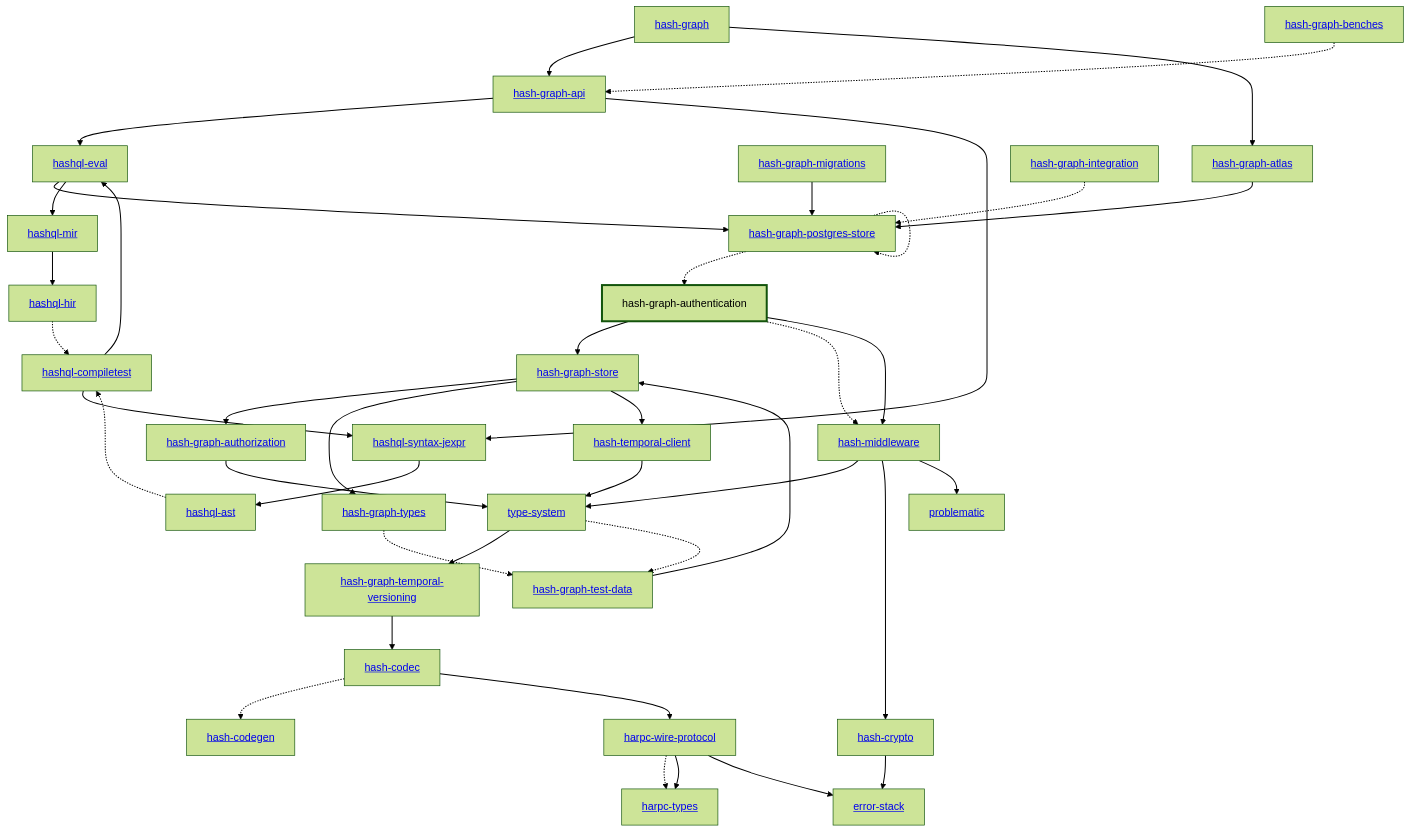
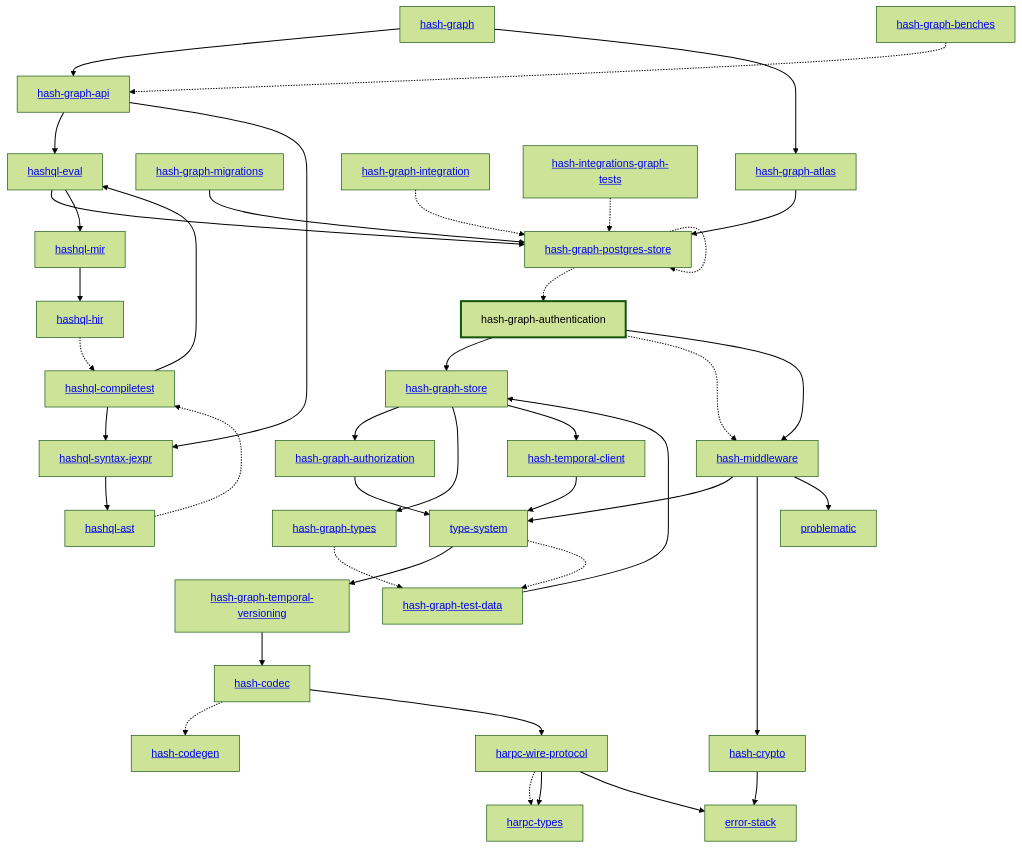
One commit to hashintel/hash changed the diagram in libs/@local/graph/authentication/docs/dependency-diagram.mmd. Above: the diagram before and after it, drawn with Mermaid (forest theme). The commit also changed 20 other files, not shown here.

Commit message:
Update dependency diagrams for the aviation integration test

```diff
--- a/libs/@local/graph/authentication/docs/dependency-diagram.mmd
+++ b/libs/@local/graph/authentication/docs/dependency-diagram.mmd
@@ -1,80 +1,82 @@
 graph TD
     linkStyle default stroke-width:1.5px
     classDef default stroke-width:1px
     classDef root stroke-width:3px
     classDef dev stroke-width:1px
     classDef build stroke-width:1px
     %% Legend
     %% --> : Normal dependency
     %% -.-> : Dev dependency
     %% ---> : Build dependency
     0[<a href="../hash_graph/index.html">hash-graph</a>]
     1[<a href="../type_system/index.html">type-system</a>]
     2[<a href="../hash_codec/index.html">hash-codec</a>]
     3[<a href="../hash_codegen/index.html">hash-codegen</a>]
     4[<a href="../hash_crypto/index.html">hash-crypto</a>]
     5[<a href="../hash_graph_api/index.html">hash-graph-api</a>]
     6[<a href="../hash_graph_atlas/index.html">hash-graph-atlas</a>]
     7[hash-graph-authentication]
     class 7 root
     8[<a href="../hash_graph_authorization/index.html">hash-graph-authorization</a>]
     9[<a href="../hash_graph_migrations/index.html">hash-graph-migrations</a>]
     10[<a href="../hash_graph_postgres_store/index.html">hash-graph-postgres-store</a>]
     11[<a href="../hash_graph_store/index.html">hash-graph-store</a>]
     12[<a href="../hash_graph_temporal_versioning/index.html">hash-graph-temporal-versioning</a>]
     13[<a href="../hash_graph_types/index.html">hash-graph-types</a>]
     14[<a href="../harpc_types/index.html">harpc-types</a>]
     15[<a href="../harpc_wire_protocol/index.html">harpc-wire-protocol</a>]
     16[<a href="../hashql_ast/index.html">hashql-ast</a>]
     17[<a href="../hashql_compiletest/index.html">hashql-compiletest</a>]
     18[<a href="../hashql_eval/index.html">hashql-eval</a>]
     19[<a href="../hashql_hir/index.html">hashql-hir</a>]
     20[<a href="../hashql_mir/index.html">hashql-mir</a>]
     21[<a href="../hashql_syntax_jexpr/index.html">hashql-syntax-jexpr</a>]
     22[<a href="../hash_middleware/index.html">hash-middleware</a>]
     23[<a href="../hash_temporal_client/index.html">hash-temporal-client</a>]
     24[<a href="../error_stack/index.html">error-stack</a>]
     25[<a href="../problematic/index.html">problematic</a>]
     26[<a href="../hash_graph_benches/index.html">hash-graph-benches</a>]
     27[<a href="../hash_graph_integration/index.html">hash-graph-integration</a>]
     28[<a href="../hash_graph_test_data/index.html">hash-graph-test-data</a>]
+    29[<a href="../hash_integrations_graph_tests/index.html">hash-integrations-graph-tests</a>]
     0 --> 5
     0 --> 6
     1 --> 12
     1 -.-> 28
     2 -.-> 3
     2 --> 15
     4 --> 24
     5 --> 18
     5 --> 21
     6 --> 10
     7 --> 11
     7 -.-> 22
     7 --> 22
     8 --> 1
     9 --> 10
     10 -.-> 7
     10 -.-> 10
     11 --> 8
     11 --> 13
     11 --> 23
     12 --> 2
     13 -.-> 28
     15 -.-> 14
     15 --> 14
     15 --> 24
     16 -.-> 17
     17 --> 18
     17 --> 21
     18 --> 10
     18 --> 20
     19 -.-> 17
     20 --> 19
     21 --> 16
     22 --> 1
     22 --> 4
     22 --> 25
     23 --> 1
     26 -.-> 5
     27 -.-> 10
     28 --> 11
+    29 -.-> 10
```
